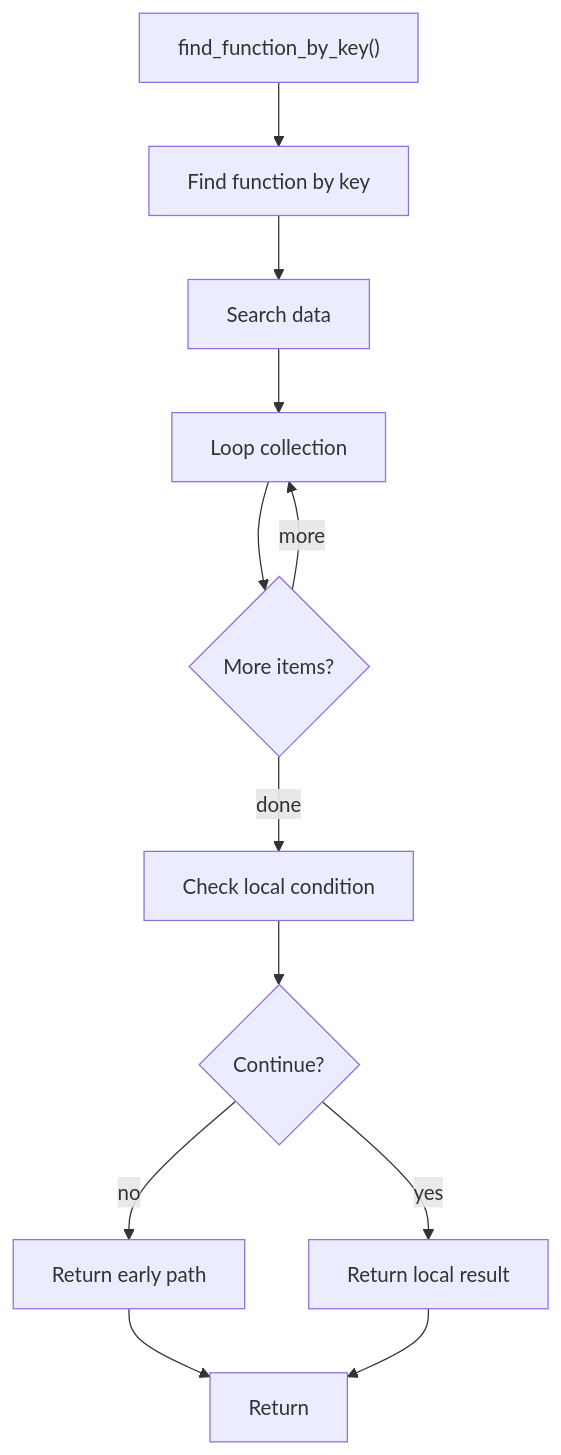
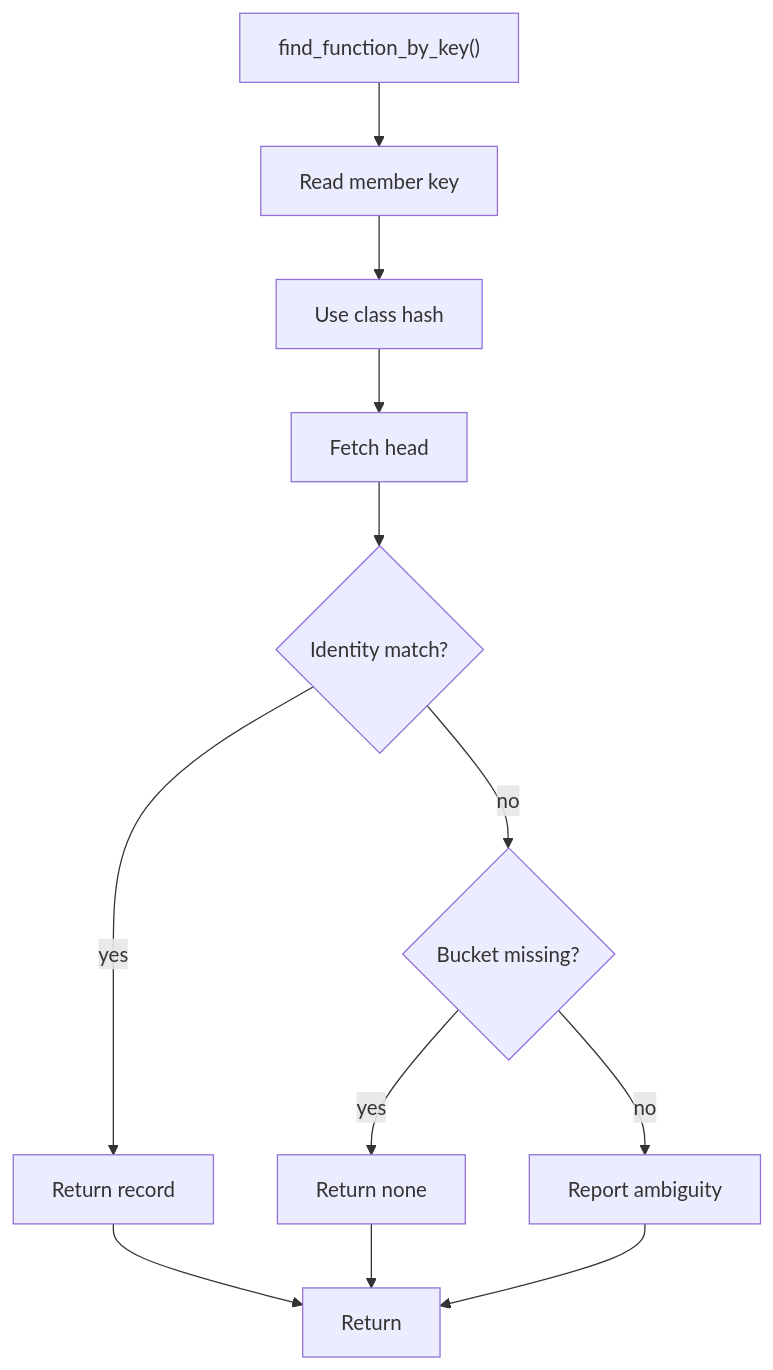
Before and after one commit to JohnAndrewBalbarosa/NeoTerritory: the diagram in docs/Codebase/Microservice/Modules/Source/Analysis/ImplementationUse/Resolution/Symbols/Query/Flow/functions/find_function_by_key.cpp.md, drawn with Mermaid. The commit also changed other lines of this file and 147 other files, not shown here.

````diff
--- a/docs/Codebase/Microservice/Modules/Source/Analysis/ImplementationUse/Resolution/Symbols/Query/Flow/functions/find_function_by_key.cpp.md
+++ b/docs/Codebase/Microservice/Modules/Source/Analysis/ImplementationUse/Resolution/Symbols/Query/Flow/functions/find_function_by_key.cpp.md
@@ -19,24 +26,24 @@
 ```mermaid
 flowchart TD
     Start["find_function_by_key()"]
-    N0["Find function by key"]
-    N1["Search data"]
-    N2["Loop collection"]
-    L2{"More items?"}
-    N3["Check local condition"]
-    D3{"Continue?"}
-    R3["Return early path"]
-    N4["Return local result"]
+    N0["Read member key"]
+    N1["Use class hash"]
+    N2["Fetch head"]
+    L2{"Identity match?"}
+    N3["Return record"]
+    D3{"Bucket missing?"}
+    R3["Return none"]
+    N4["Report ambiguity"]
     End["Return"]
     Start --> N0
     N0 --> N1
     N1 --> N2
     N2 --> L2
-    L2 -->|more| N2
-    L2 -->|done| N3
-    N3 --> D3
-    D3 -->|yes| N4
-    D3 -->|no| R3
+    L2 -->|yes| N3
+    L2 -->|no| D3
+    D3 -->|yes| R3
+    D3 -->|no| N4
+    N3 --> End
     R3 --> End
     N4 --> End
 ```
````
